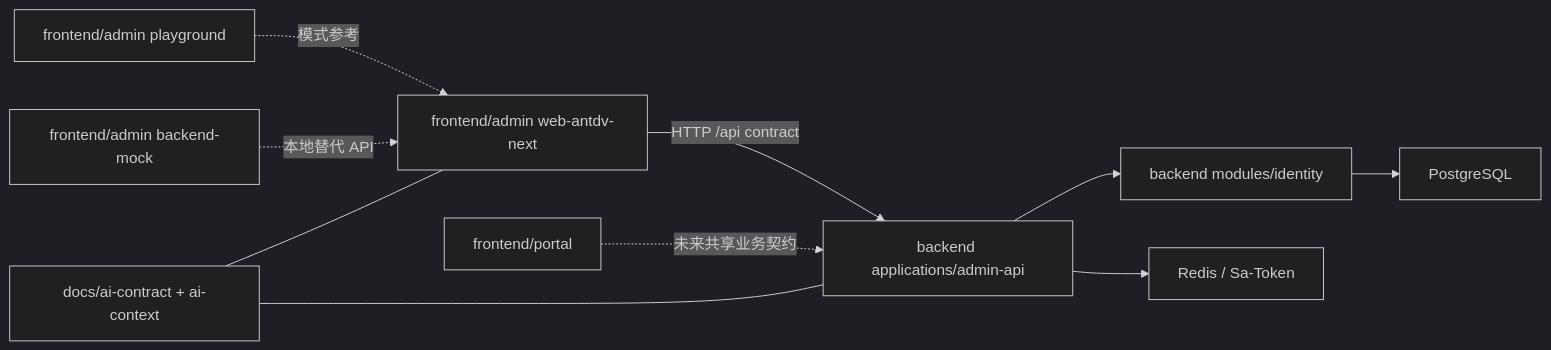
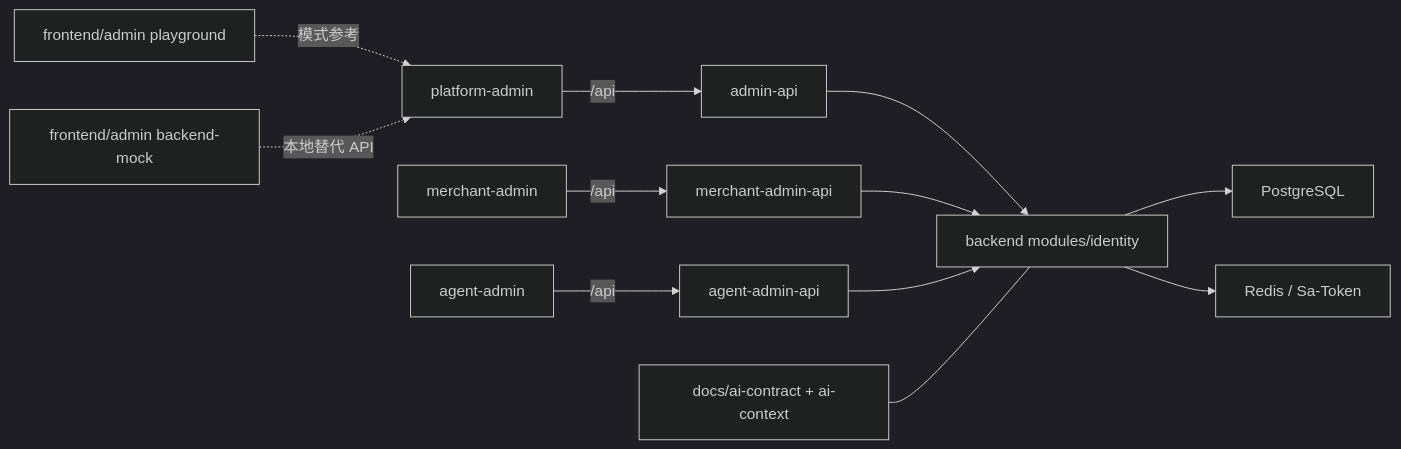
Before and after one commit to NIV49/payment-web-platform: the diagram in docs/ai-context/project-structure.md, drawn with Mermaid (dark theme). The commit also changed other lines of this file and 232 other files, not shown here.

First line of the commit message:
refactor: split backoffice frontend applications

````diff
--- a/docs/ai-context/project-structure.md
+++ b/docs/ai-context/project-structure.md
@@ -81,12 +83,14 @@
 ```mermaid
 flowchart LR
-  ADMIN["frontend/admin web-antdv-next"] -->|"HTTP /api contract"| API["backend applications/admin-api"]
-  API --> IAM["backend modules/identity"]
+  PLATFORM["platform-admin"] -->|"/api"| PLATFORM_API["admin-api"]
+  MERCHANT["merchant-admin"] -->|"/api"| MERCHANT_API["merchant-admin-api"]
+  AGENT["agent-admin"] -->|"/api"| AGENT_API["agent-admin-api"]
+  PLATFORM_API --> IAM["backend modules/identity"]
+  MERCHANT_API --> IAM
+  AGENT_API --> IAM
   IAM --> PG["PostgreSQL"]
-  API --> REDIS["Redis / Sa-Token"]
-  PLAY["frontend/admin playground"] -. "模式参考" .-> ADMIN
-  MOCK["frontend/admin backend-mock"] -. "本地替代 API" .-> ADMIN
-  PORTAL["frontend/portal"] -. "未来共享业务契约" .-> API
-  DOCS["docs/ai-contract + ai-context"] --- ADMIN
-  DOCS --- API
+  IAM --> REDIS["Redis / Sa-Token"]
+  PLAY["frontend/admin playground"] -. "模式参考" .-> PLATFORM
+  MOCK["frontend/admin backend-mock"] -. "本地替代 API" .-> PLATFORM
+  DOCS["docs/ai-contract + ai-context"] --- IAM
 ```
````
